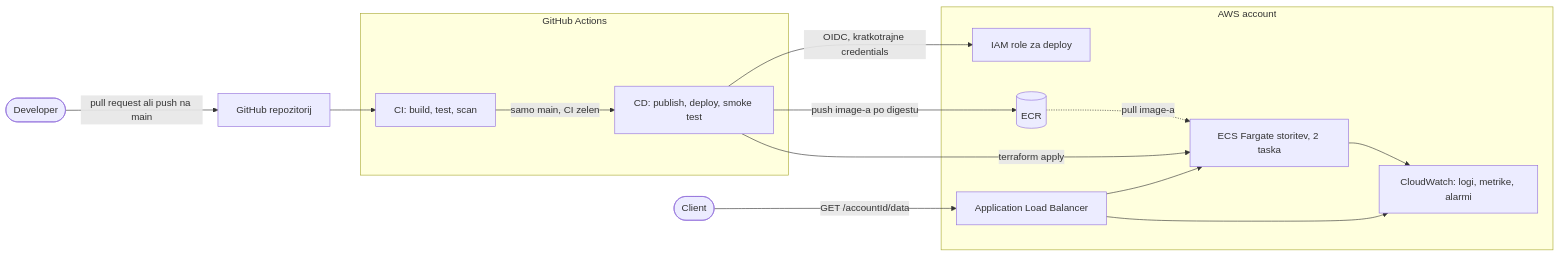
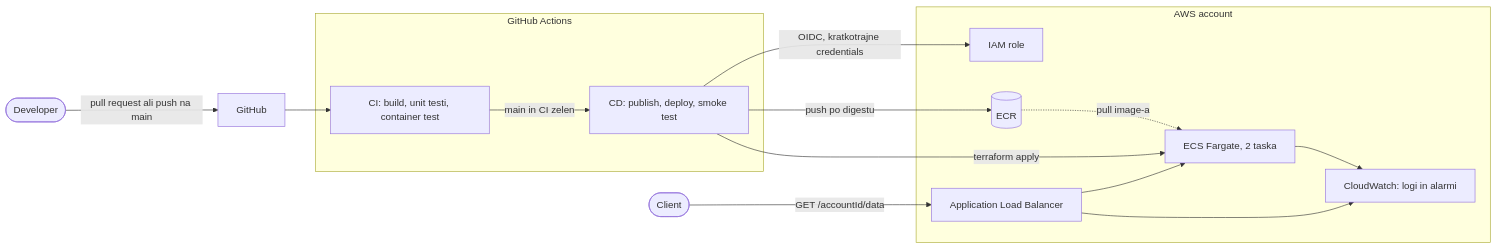
Before and after one commit to sunex99/celtra-devops-project: the diagram in docs/SPEC.md, drawn with Mermaid. The commit also changed other lines of this file and 5 other files, not shown here.

````diff
--- a/docs/SPEC.md
+++ b/docs/SPEC.md
@@ -26,27 +14,27 @@
 ```mermaid
 flowchart LR
-    dev(["Developer"]) -->|"pull request ali push na main"| gh["GitHub repozitorij"]
+    dev(["Developer"]) -->|"pull request ali push na main"| gh["GitHub"]
     gh --> ci
 
     subgraph GHA["GitHub Actions"]
-        ci["CI: build, test, scan"] -->|"samo main, CI zelen"| cd["CD: publish, deploy, smoke test"]
+        ci["CI: build, unit testi, container test"] -->|"main in CI zelen"| cd["CD: publish, deploy, smoke test"]
     end
 
-    cd -->|"OIDC, kratkotrajne credentials"| role["IAM role za deploy"]
-    cd -->|"push image-a po digestu"| ecr[("ECR")]
+    cd -->|"OIDC, kratkotrajne credentials"| role["IAM role"]
+    cd -->|"push po digestu"| ecr[("ECR")]
     cd -->|"terraform apply"| ecs
 
     subgraph AWS["AWS account"]
         role
         ecr
-        ecs["ECS Fargate storitev, 2 taska"]
+        ecs["ECS Fargate, 2 taska"]
         alb["Application Load Balancer"]
-        cw["CloudWatch: logi, metrike, alarmi"]
+        cw["CloudWatch: logi in alarmi"]
         alb --> ecs
         ecr -.->|"pull image-a"| ecs
         ecs --> cw
         alb --> cw
     end
 
     user(["Client"]) -->|"GET /accountId/data"| alb
 ```
````
